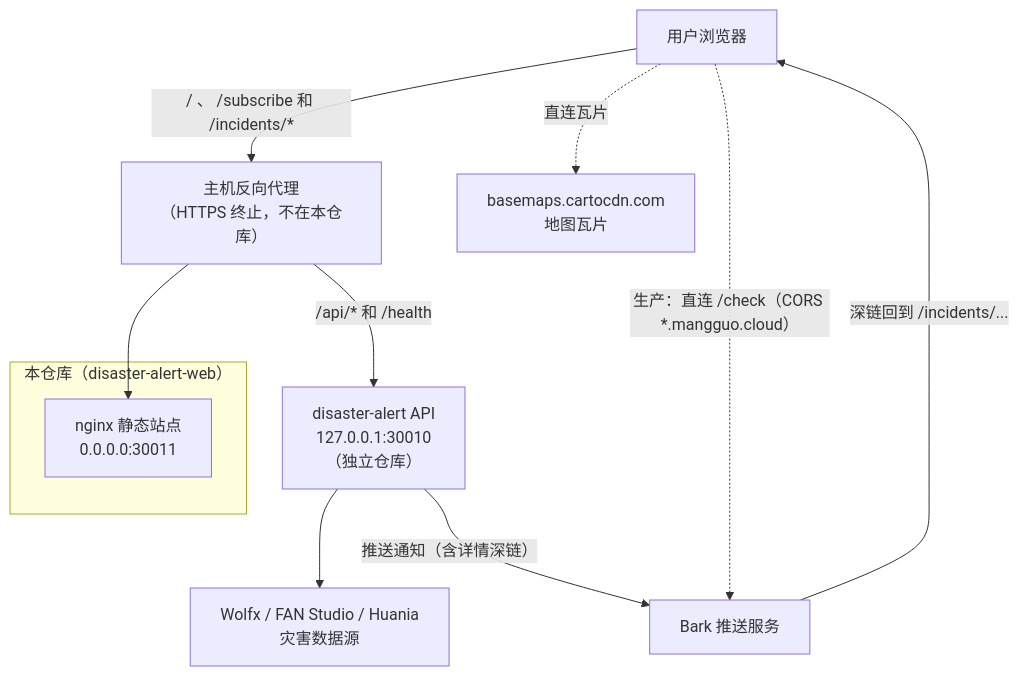
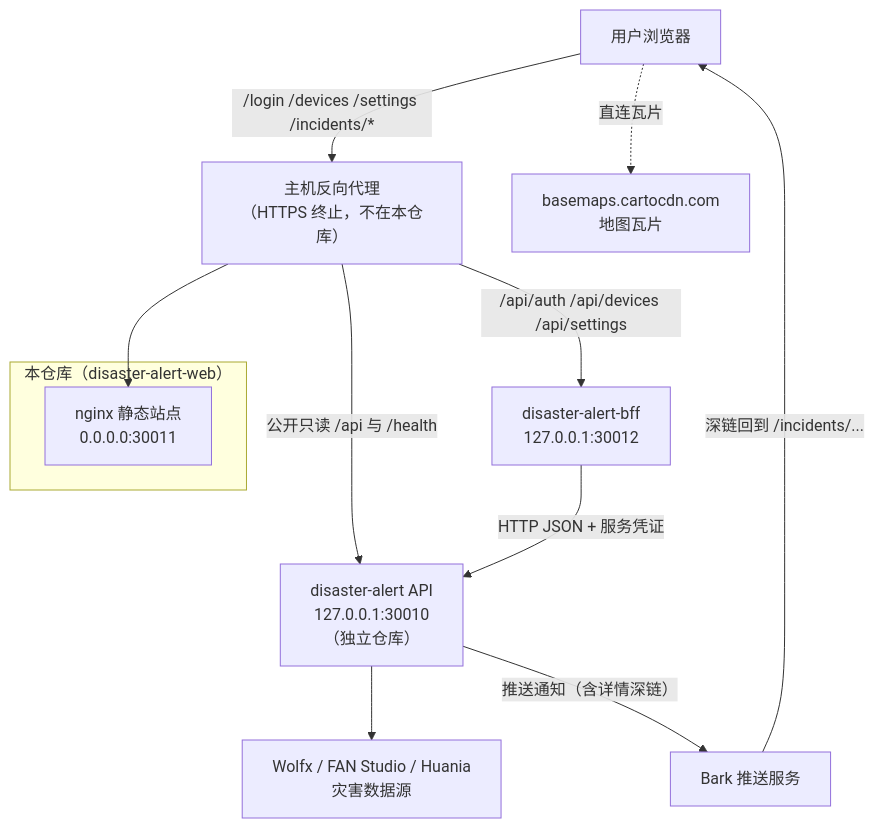
Before and after one commit to luyi2008/disaster-alert-web: the first of 8 diagrams in docs/architecture.md, drawn with Mermaid. The commit also changed other lines of this file and 34 other files, not shown here.

First line of the commit message:
Route subscribe and test through BFF device IDs.

````diff
--- a/docs/architecture.md
+++ b/docs/architecture.md
@@ -24,21 +24,23 @@
 ```mermaid
 graph TB
     User["用户浏览器"]
     subgraph ThisRepo["本仓库（disaster-alert-web）"]
         Web["nginx 静态站点<br/>0.0.0.0:30011"]
     end
     Proxy["主机反向代理<br/>（HTTPS 终止，不在本仓库）"]
+    BFF["disaster-alert-bff<br/>127.0.0.1:30012"]
     API["disaster-alert API<br/>127.0.0.1:30010<br/>（独立仓库）"]
     Tiles["basemaps.cartocdn.com<br/>地图瓦片"]
     Bark["Bark 推送服务"]
     Sources["Wolfx / FAN Studio / Huania<br/>灾害数据源"]
 
-    User -->|"/ 、 /subscribe 和 /incidents/*"| Proxy
+    User -->|"/login /devices /settings /incidents/*"| Proxy
     Proxy --> Web
-    Proxy -->|"/api/* 和 /health"| API
+    Proxy -->|"/api/auth /api/devices /api/settings"| BFF
+    Proxy -->|"公开只读 /api 与 /health"| API
+    BFF -->|"HTTP JSON + 服务凭证"| API
     User -.->|"直连瓦片"| Tiles
-    User -.->|"生产：直连 /check（CORS *.mangguo.cloud）"| Bark
     API --> Sources
     API -->|"推送通知（含详情深链）"| Bark
     Bark -->|"深链回到 /incidents/..."| User
 ```
````
